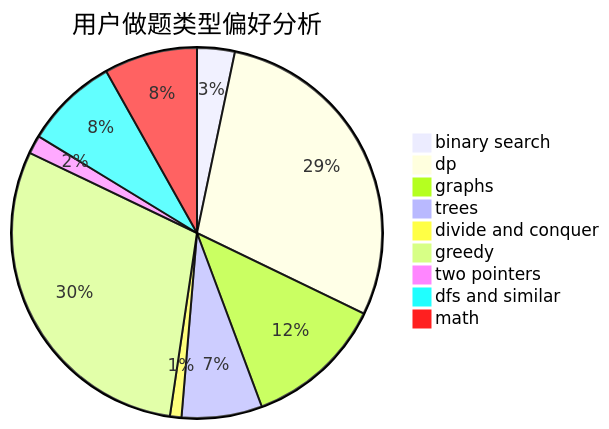
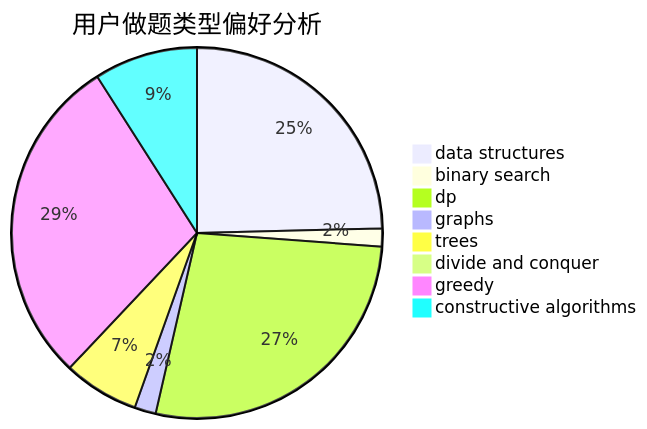
The second of 3 diagrams in docs/user/u2241.md (sherpahu/cfrs.github.io), drawn with Mermaid before and after one commit. The commit also changed other lines of this file and 2775 other files, not shown here.

````diff
--- a/docs/user/u2241.md
+++ b/docs/user/u2241.md
@@ -23,12 +23,11 @@
 ```mermaid
 pie title 用户做题类型偏好分析
-    "binary search" :  59
-    "dp" :  518
-    "graphs" :  218
-    "trees" :  126
-    "divide and conquer" :  18
-    "greedy" :  534
-    "two pointers" :  29
-    "dfs and similar" :  146
-    "math" :  146
+    "data structures" :  422
+    "binary search" :  27
+    "dp" :  470
+    "graphs" :  32
+    "trees" :  113
+    "divide and conquer" :  4
+    "greedy" :  496
+    "constructive algorithms" :  155
 ```
````
